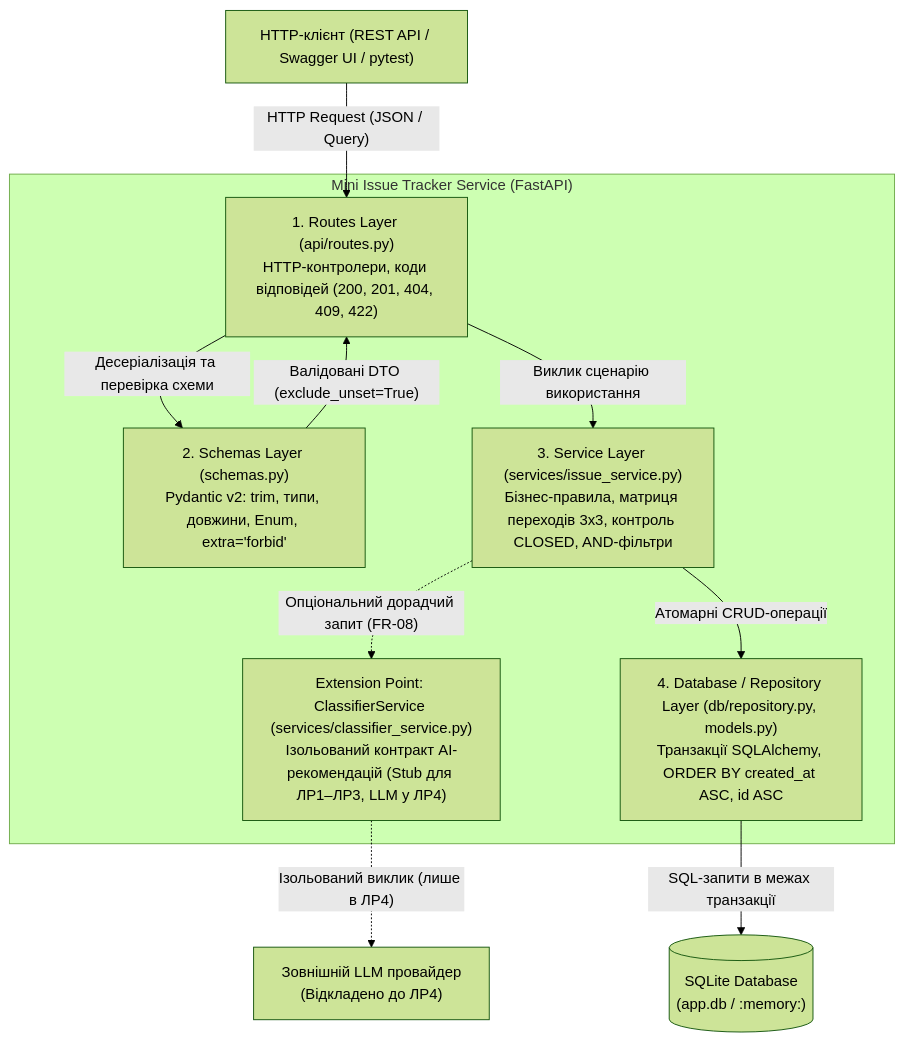
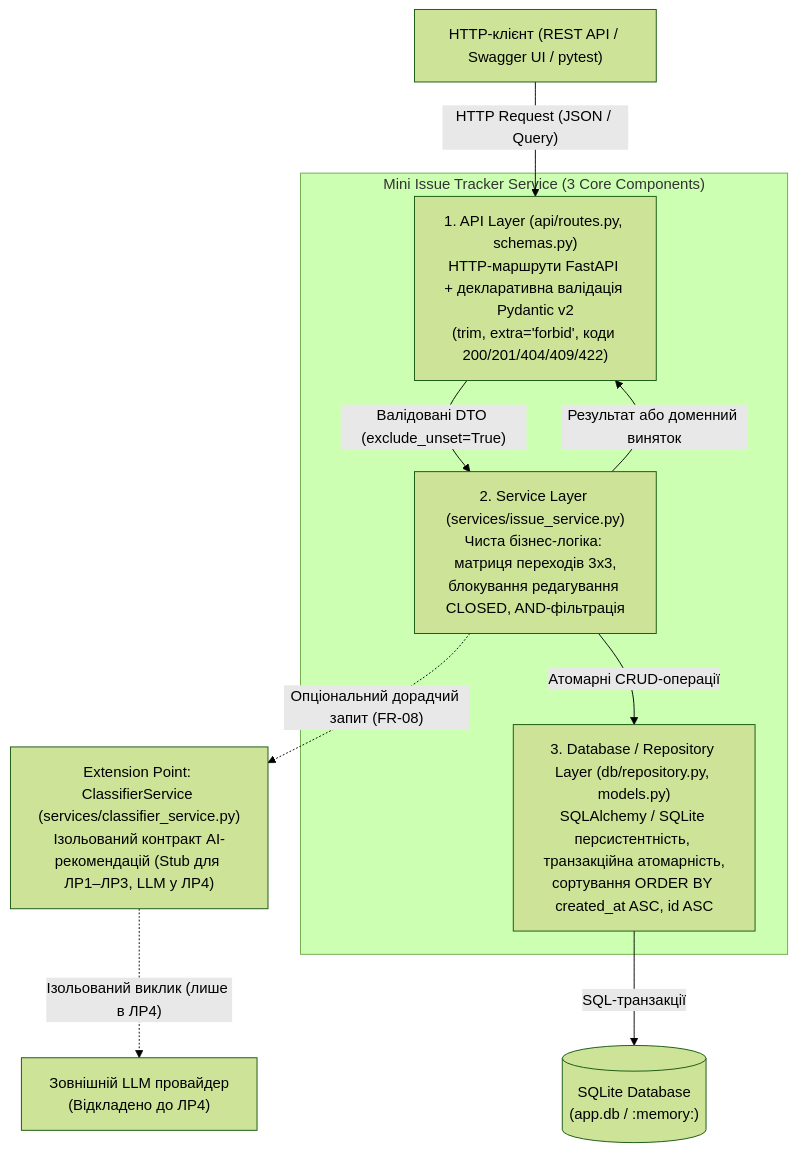
Before and after one commit to NureSiedashevMykhailo/AI: the first of 2 diagrams in docs/architecture.md, drawn with Mermaid (forest theme). The commit also changed other lines of this file and 4 other files, not shown here.

````diff
--- a/docs/architecture.md
+++ b/docs/architecture.md
@@ -14,24 +14,22 @@
 ```mermaid
 flowchart TD
     Client["HTTP-клієнт (REST API / Swagger UI / pytest)"]
 
-    subgraph App["Mini Issue Tracker Service (FastAPI)"]
-        Routes["1. Routes Layer (api/routes.py)<br/>HTTP-контролери, коди відповідей (200, 201, 404, 409, 422)"]
-        Schemas["2. Schemas Layer (schemas.py)<br/>Pydantic v2: trim, типи, довжини, Enum, extra='forbid'"]
-        Service["3. Service Layer (services/issue_service.py)<br/>Бізнес-правила, матриця переходів 3x3, контроль CLOSED, AND-фільтри"]
-        Classifier["Extension Point: ClassifierService (services/classifier_service.py)<br/>Ізольований контракт AI-рекомендацій (Stub для ЛР1–ЛР3, LLM у ЛР4)"]
-        Repo["4. Database / Repository Layer (db/repository.py, models.py)<br/>Транзакції SQLAlchemy, ORDER BY created_at ASC, id ASC"]
+    subgraph App["Mini Issue Tracker Service (3 Core Components)"]
+        API["1. API Layer (api/routes.py, schemas.py)<br/>HTTP-маршрути FastAPI + декларативна валідація Pydantic v2<br/>(trim, extra='forbid', коди 200/201/404/409/422)"]
+        Service["2. Service Layer (services/issue_service.py)<br/>Чиста бізнес-логіка: матриця переходів 3x3,<br/>блокування редагування CLOSED, AND-фільтрація"]
+        Repo["3. Database / Repository Layer (db/repository.py, models.py)<br/>SQLAlchemy / SQLite персистентність, транзакційна атомарність,<br/>сортування ORDER BY created_at ASC, id ASC"]
     end
 
+    Classifier["Extension Point: ClassifierService (services/classifier_service.py)<br/>Ізольований контракт AI-рекомендацій (Stub для ЛР1–ЛР3, LLM у ЛР4)"]
     DB[("SQLite Database<br/>(app.db / :memory:)")]
     LLM["Зовнішній LLM провайдер<br/>(Відкладено до ЛР4)"]
 
-    Client -->|"HTTP Request (JSON / Query)"| Routes
-    Routes -->|" Десеріалізація та перевірка схеми "| Schemas
-    Schemas -->|" Валідовані DTO (exclude_unset=True) "| Routes
-    Routes -->|" Виклик сценарію використання "| Service
-    Service -.->|" Опціональний дорадчий запит (FR-08) "| Classifier
-    Classifier -.->|" Ізольований виклик (лише в ЛР4) "| LLM
-    Service -->|" Атомарні CRUD-операції "| Repo
-    Repo -->|" SQL-запити в межах транзакції "| DB
+    Client -->|"HTTP Request (JSON / Query)"| API
+    API -->|"Валідовані DTO (exclude_unset=True)"| Service
+    Service -->|"Результат або доменний виняток"| API
+    Service -.->|"Опціональний дорадчий запит (FR-08)"| Classifier
+    Classifier -.->|"Ізольований виклик (лише в ЛР4)"| LLM
+    Service -->|"Атомарні CRUD-операції"| Repo
+    Repo -->|"SQL-транзакції"| DB
 ```
````
